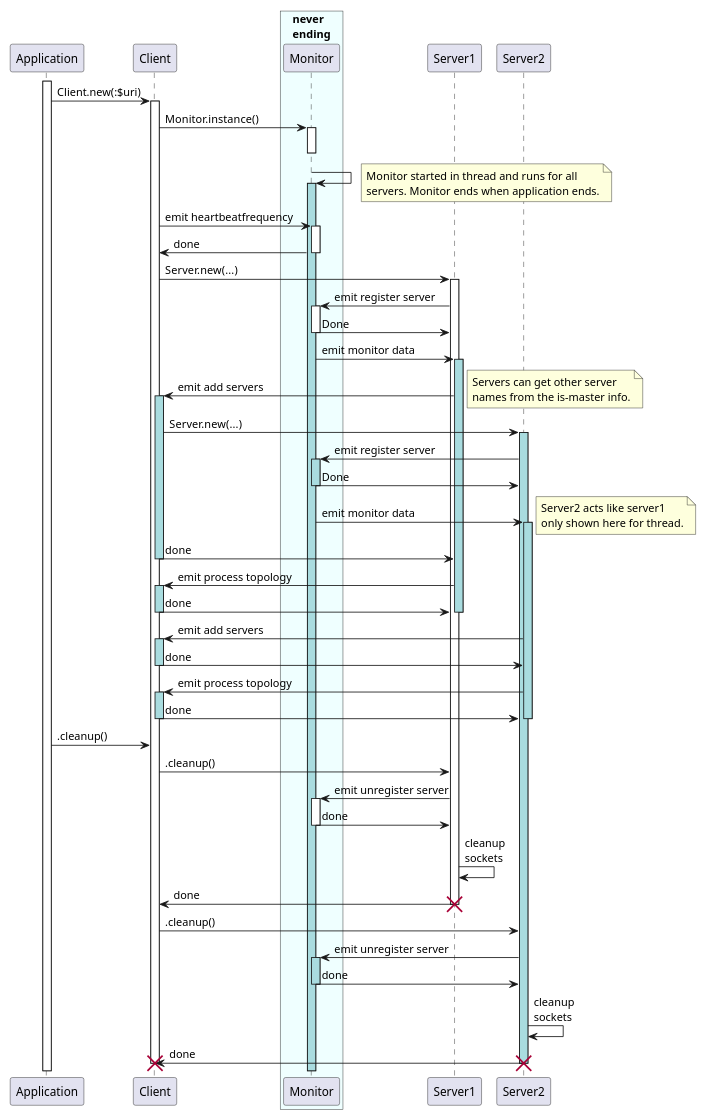
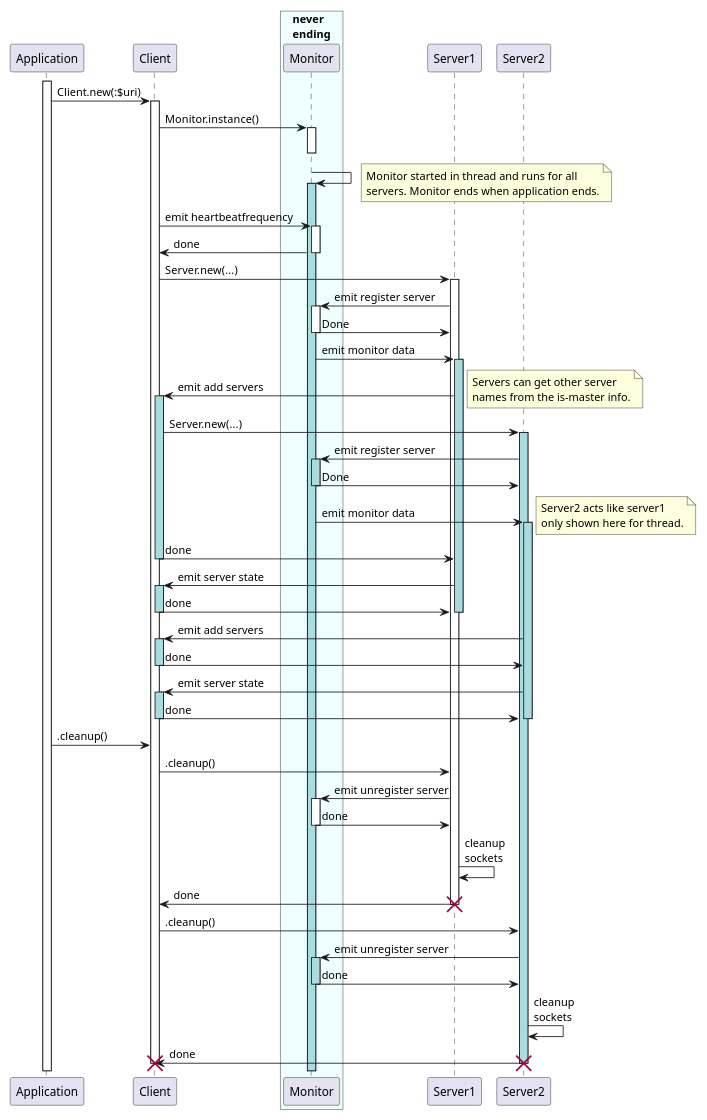
The third of 7 diagrams in doc/Design/Design-software.md (MARTIMM/raku-mongodb-driver), drawn with PlantUML before and after one commit. The commit also changed other lines of this file, not shown here.

Commit message:
change text in uml diagram

````diff
--- a/doc/Design/Design-software.md
+++ b/doc/Design/Design-software.md
@@ -127,82 +127,82 @@
 ```plantuml
 scale 0.8
 
 skinparam sequence {
 '  LifeLineBorderColor blue
   LifeLineBackgroundColor #fff
 }
 
 participant Application
 activate Application
 
 participant Client
 
 Application -> Client: Client.new(:$uri)
 activate Client
 
 box "never\nending" #efffff
   participant Monitor
 end box
 
 Client -> Monitor ++: Monitor.instance()
 'Monitor -> Monitor --: Monitor
 deactivate Monitor
 Monitor -> Monitor ++ #A9DCDF:
 note right
   Monitor started in thread and runs for all
   servers. Monitor ends when application ends.
 end note
 
 Client -> Monitor ++ : emit heartbeatfrequency
 Monitor -> Client --: done
 
 Client -> Server1 ++: Server.new(...)
 Server1 -> Monitor ++: emit register server
 Monitor -> Server1 --: Done
 
 Monitor -> Server1 ++ #A9DCDF: emit monitor data
 
 Server1 -> Client ++ #A9DCDF: emit add servers
   note right
     Servers can get other server
     names from the is-master info.
   end note
 
   Client -> Server2 ++ #A9DCDF: Server.new(...)
   Server2 -> Monitor ++ #A9DCDF: emit register server
   Monitor -> Server2 --: Done
   Monitor -> Server2 ++ #A9DCDF: emit monitor data
   note right
     Server2 acts like server1
     only shown here for thread.
   end note
 
 Client -> Server1 --: done
-Server1 -> Client ++ #A9DCDF: emit process topology
+Server1 -> Client ++ #A9DCDF: emit server state
 Client -> Server1 --: done
 deactivate Server1
 
 Server2 -> Client ++ #A9DCDF: emit add servers
 Client -> Server2 --: done
-Server2 -> Client ++ #A9DCDF: emit process topology
+Server2 -> Client ++ #A9DCDF: emit server state
 Client -> Server2 --: done
 deactivate Server2
 
 
 Application -> Client: .cleanup()
 Client -> Server1: .cleanup()
 Server1 -> Monitor ++: emit unregister server
 Monitor -> Server1 --: done
 Server1 -> Server1: cleanup\nsockets
 Server1 -> Client: done
 destroy Server1
 
 Client -> Server2: .cleanup()
 Server2 -> Monitor ++ #A9DCDF: emit unregister server
 Monitor -> Server2 -- #A9DCDF: done
 Server2 -> Server2: cleanup\nsockets
 Server2 -> Client: done
 destroy Server2
 
 destroy Client
 ```
````
